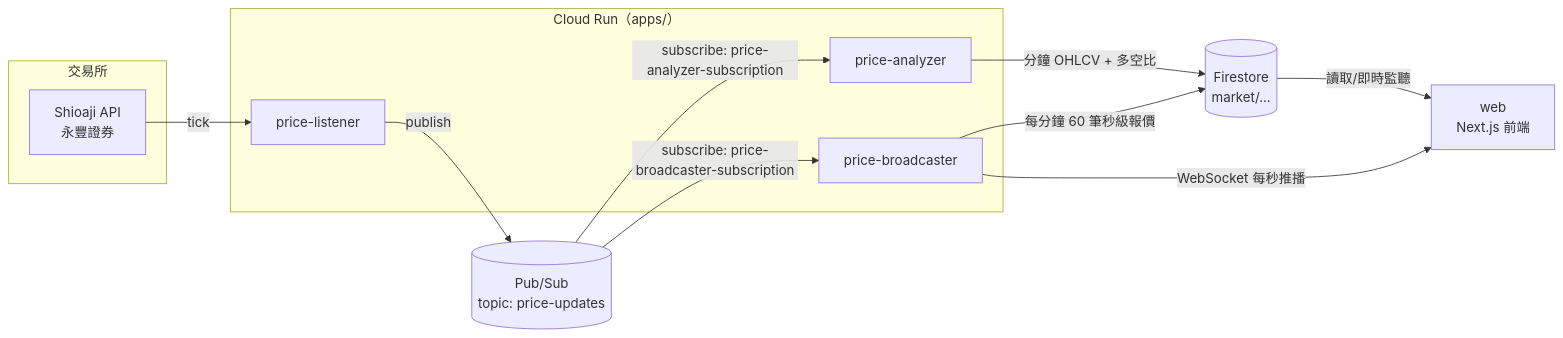
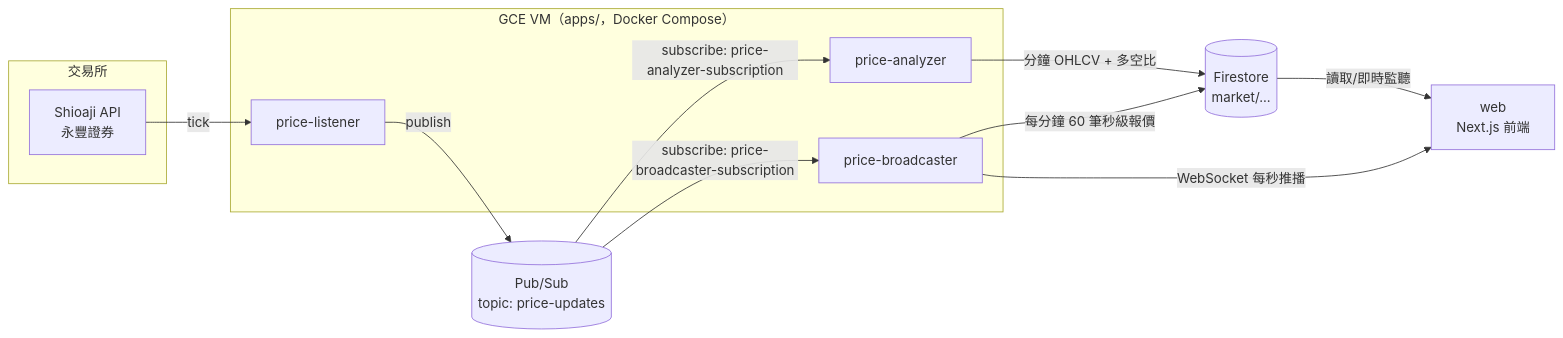
One commit to hanbro0112/future-analysis changed the fourth of 5 diagrams in README.md. Above: the diagram before and after it, drawn with Mermaid. The commit also changed other lines of this file and 46 other files, not shown here.

````diff
--- a/README.md
+++ b/README.md
@@ -87,25 +182,25 @@
 ```mermaid
 flowchart LR
     subgraph 交易所
         SJ[Shioaji API\n永豐證券]
     end
 
-    subgraph "Cloud Run（apps/）"
+    subgraph "GCE VM（apps/，Docker Compose）"
         L[price-listener]
         A[price-analyzer]
         B[price-broadcaster]
     end
 
     PS[(Pub/Sub\ntopic: price-updates)]
     FS[(Firestore\nmarket/...)]
     WEB[web\nNext.js 前端]
 
     SJ -- tick --> L
     L -- publish --> PS
     PS -- subscribe: price-analyzer-subscription --> A
     PS -- subscribe: price-broadcaster-subscription --> B
     A -- 分鐘 OHLCV + 多空比 --> FS
     B -- 每分鐘 60 筆秒級報價 --> FS
     B -- WebSocket 每秒推播 --> WEB
     FS -- 讀取/即時監聽 --> WEB
 ```
````
